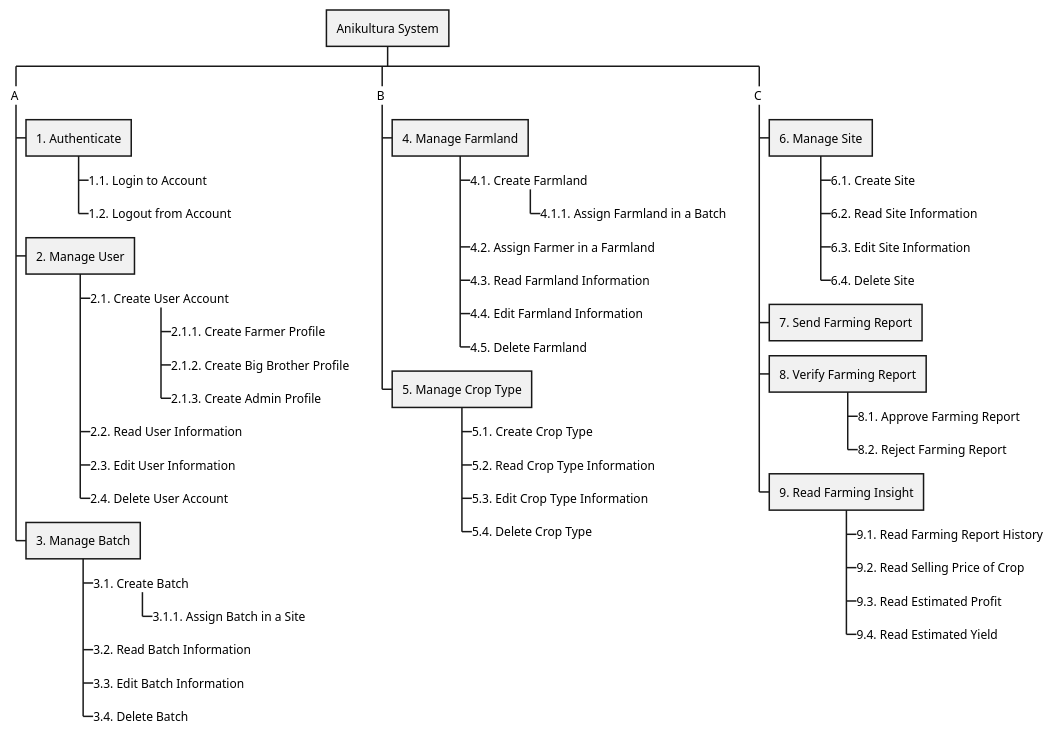
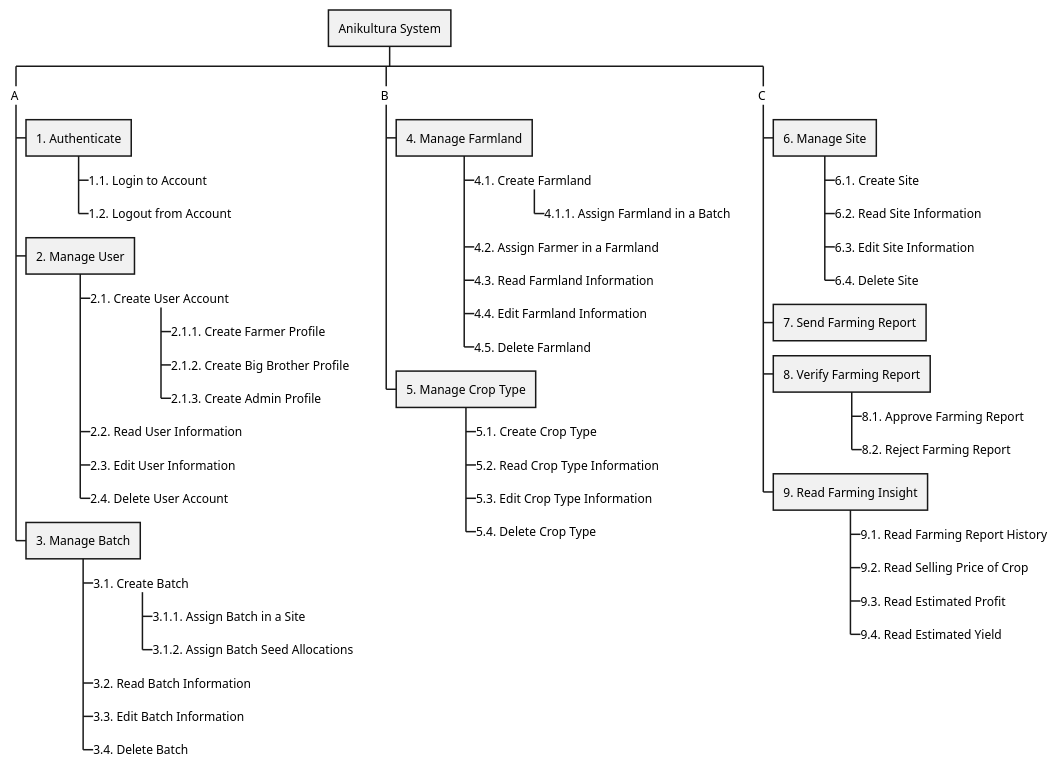
One commit to radical-doubting/anikultura-diagrams changed the diagram in plantuml/proposed/fdd.wsd. Above: the diagram before and after it, drawn with PlantUML.

Commit message:
Updated FDD to include batch seed allocations

```diff
--- a/plantuml/proposed/fdd.wsd
+++ b/plantuml/proposed/fdd.wsd
@@ -1,63 +1,64 @@
 @startwbs
 
 * Anikultura System
 
 **_ A
 
 *** 1. Authenticate
 ****_ 1.1. Login to Account
 ****_ 1.2. Logout from Account
 
 *** 2. Manage User
 ****_ 2.1. Create User Account
 *****_ 2.1.1. Create Farmer Profile
 *****_ 2.1.2. Create Big Brother Profile
 *****_ 2.1.3. Create Admin Profile
 ****_ 2.2. Read User Information
 ****_ 2.3. Edit User Information
 ****_ 2.4. Delete User Account
 
 *** 3. Manage Batch
 ****_ 3.1. Create Batch
 *****_ 3.1.1. Assign Batch in a Site
+*****_ 3.1.2. Assign Batch Seed Allocations
 ****_ 3.2. Read Batch Information
 ****_ 3.3. Edit Batch Information
 ****_ 3.4. Delete Batch
 
 **_ B
     
 *** 4. Manage Farmland
 ****_ 4.1. Create Farmland
 *****_ 4.1.1. Assign Farmland in a Batch
 ****_ 4.2. Assign Farmer in a Farmland
 ****_ 4.3. Read Farmland Information
 ****_ 4.4. Edit Farmland Information
 ****_ 4.5. Delete Farmland
 
 *** 5. Manage Crop Type
 ****_ 5.1. Create Crop Type
 ****_ 5.2. Read Crop Type Information
 ****_ 5.3. Edit Crop Type Information
 ****_ 5.4. Delete Crop Type
 
 **_ C
 
 *** 6. Manage Site
 ****_ 6.1. Create Site
 ****_ 6.2. Read Site Information
 ****_ 6.3. Edit Site Information
 ****_ 6.4. Delete Site
 
 *** 7. Send Farming Report
 
 *** 8. Verify Farming Report
 ****_ 8.1. Approve Farming Report
 ****_ 8.2. Reject Farming Report
 
 *** 9. Read Farming Insight
 ****_ 9.1. Read Farming Report History
 ****_ 9.2. Read Selling Price of Crop
 ****_ 9.3. Read Estimated Profit
 ****_ 9.4. Read Estimated Yield
 
 @endwbs
```
